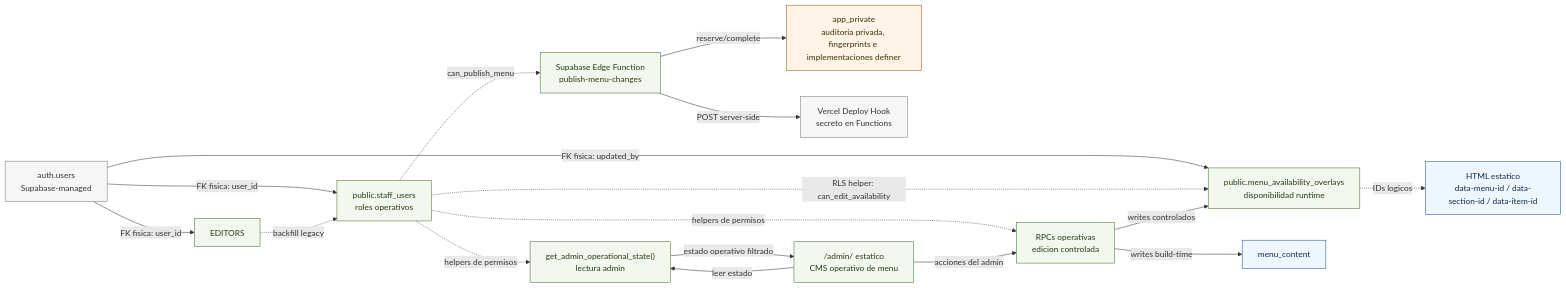
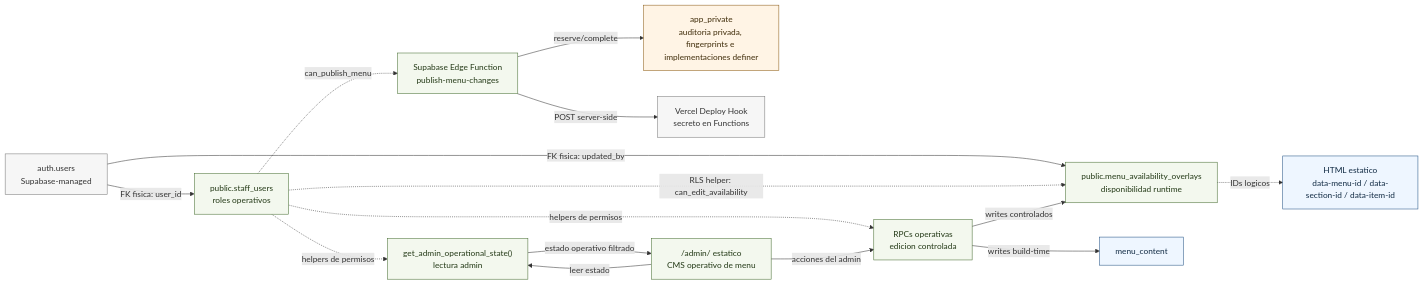
One commit to materamos/ElFaraonCatering changed the third of 3 diagrams in docs/supabase/schema-diagram.md. Above: the diagram before and after it, drawn with Mermaid. The commit also changed other lines of this file and 3 other files, not shown here.

````diff
--- a/docs/supabase/schema-diagram.md
+++ b/docs/supabase/schema-diagram.md
@@ -171,40 +171,38 @@
 ```mermaid
 flowchart LR
   AUTH_USERS["auth.users<br/>Supabase-managed"]
   STAFF["public.staff_users<br/>roles operativos"]
   OVERLAYS["public.menu_availability_overlays<br/>disponibilidad runtime"]
   READ_RPC["get_admin_operational_state()<br/>lectura admin"]
   WRITE_RPCS["RPCs operativas<br/>edicion controlada"]
   EDGE["Supabase Edge Function<br/>publish-menu-changes"]
   PRIVATE["app_private<br/>auditoria privada, fingerprints e implementaciones definer"]
   VERCEL["Vercel Deploy Hook<br/>secreto en Functions"]
   ADMIN_UI["/admin/ estatico<br/>CMS operativo de menu"]
   STATIC["HTML estatico<br/>data-menu-id / data-section-id / data-item-id"]
 
   AUTH_USERS -->|"FK fisica: user_id"| STAFF
-  AUTH_USERS -->|"FK fisica: user_id"| EDITORS
   AUTH_USERS -->|"FK fisica: updated_by"| OVERLAYS
-  EDITORS -. "backfill legacy" .-> STAFF
   STAFF -. "RLS helper: can_edit_availability" .-> OVERLAYS
   STAFF -. "helpers de permisos" .-> READ_RPC
   STAFF -. "helpers de permisos" .-> WRITE_RPCS
   STAFF -. "can_publish_menu" .-> EDGE
   ADMIN_UI -->|"leer estado"| READ_RPC
   ADMIN_UI -->|"acciones del admin"| WRITE_RPCS
   READ_RPC -->|"estado operativo filtrado"| ADMIN_UI
   WRITE_RPCS -->|"writes controlados"| OVERLAYS
   WRITE_RPCS -->|"writes build-time"| MENU_CONTENT["menu_content"]
   EDGE -->|"reserve/complete"| PRIVATE
   EDGE -->|"POST server-side"| VERCEL
   OVERLAYS -. "IDs logicos" .-> STATIC
 
   classDef runtime fill:#f3f8ee,stroke:#446b2f,color:#223815;
   classDef structural fill:#eef6ff,stroke:#1f4f82,color:#102a43;
   classDef private fill:#fff4e5,stroke:#8a5a13,color:#3f2c09;
   classDef platform fill:#f6f6f6,stroke:#777,color:#333;
 
-  class STAFF,EDITORS,OVERLAYS,READ_RPC,WRITE_RPCS,EDGE,ADMIN_UI runtime;
+  class STAFF,OVERLAYS,READ_RPC,WRITE_RPCS,EDGE,ADMIN_UI runtime;
   class STATIC,MENU_CONTENT structural;
   class PRIVATE private;
   class AUTH_USERS,VERCEL platform;
 ```
````
